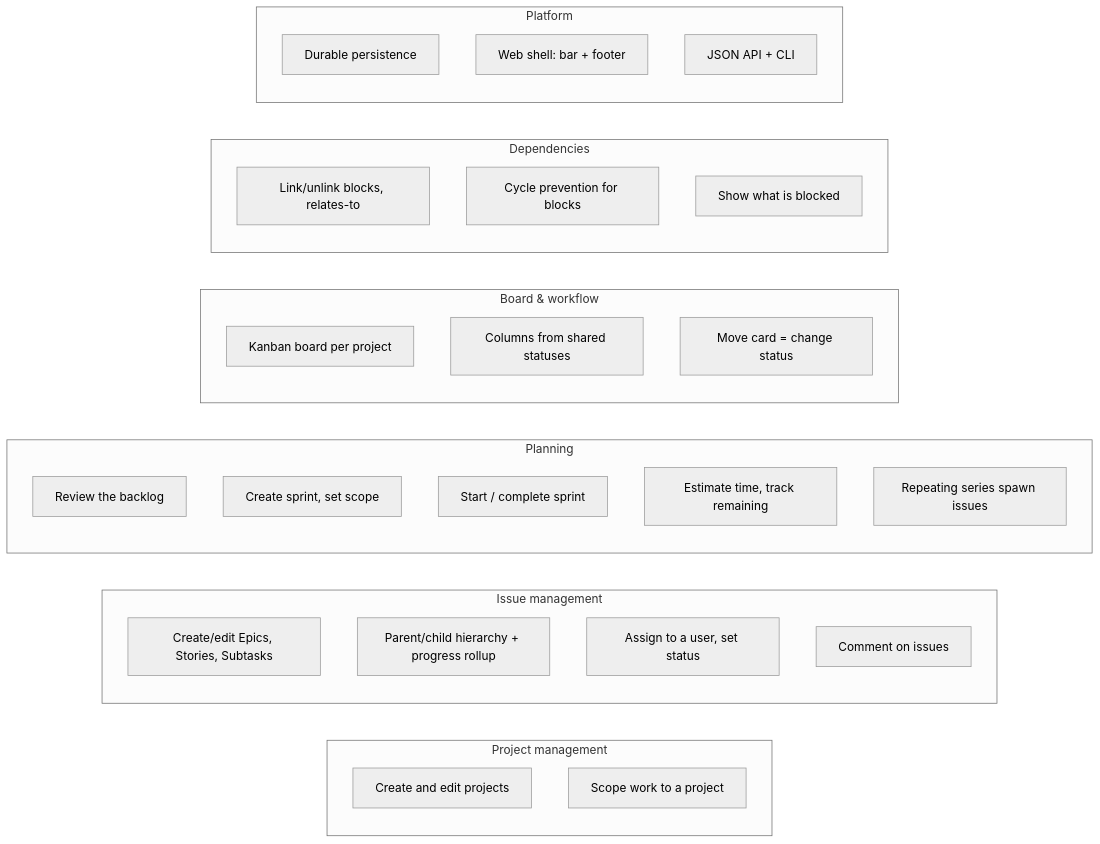
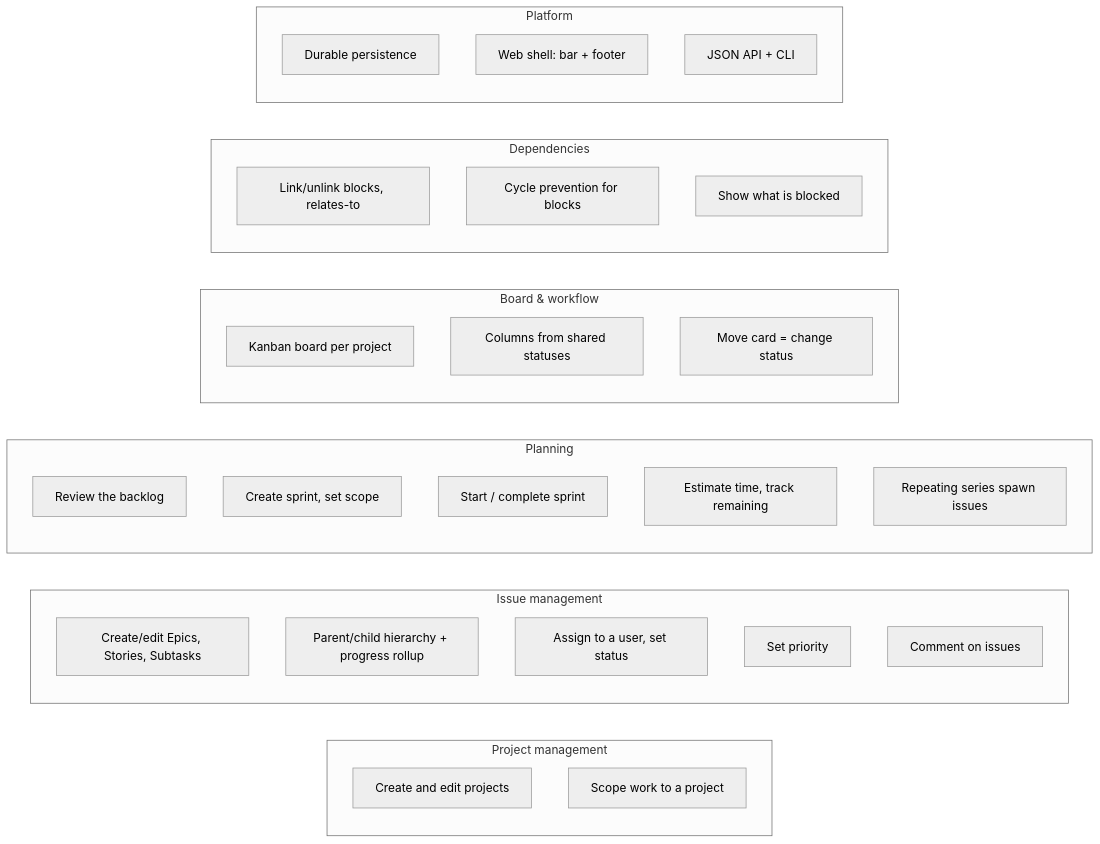
The diagram in docs/architecture/capabilities.md (Mathotics/Keel), drawn with Mermaid (neutral theme) before and after one commit. The commit also changed other lines of this file and 33 other files, not shown here.

````diff
--- a/docs/architecture/capabilities.md
+++ b/docs/architecture/capabilities.md
@@ -5,35 +5,36 @@
 ```mermaid
 flowchart LR
   subgraph Proj["Project management"]
     p1[Create and edit projects]
     p2[Scope work to a project]
   end
   subgraph Issue["Issue management"]
     a1[Create/edit Epics, Stories, Subtasks]
     a2[Parent/child hierarchy + progress rollup]
     a3[Assign to a user, set status]
+    a3b[Set priority]
     a4[Comment on issues]
   end
   subgraph Plan["Planning"]
     b1[Review the backlog]
     b2[Create sprint, set scope]
     b3[Start / complete sprint]
     b4[Estimate time, track remaining]
     b5[Repeating series spawn issues]
   end
   subgraph Board["Board & workflow"]
     c1[Kanban board per project]
     c2[Columns from shared statuses]
     c3[Move card = change status]
   end
   subgraph Dep["Dependencies"]
     d1[Link/unlink blocks, relates-to]
     d2[Cycle prevention for blocks]
     d3[Show what is blocked]
   end
   subgraph Plat["Platform"]
     e1[Durable persistence]
     e2[Web shell: bar + footer]
     e3[JSON API + CLI]
   end
 ```
````
